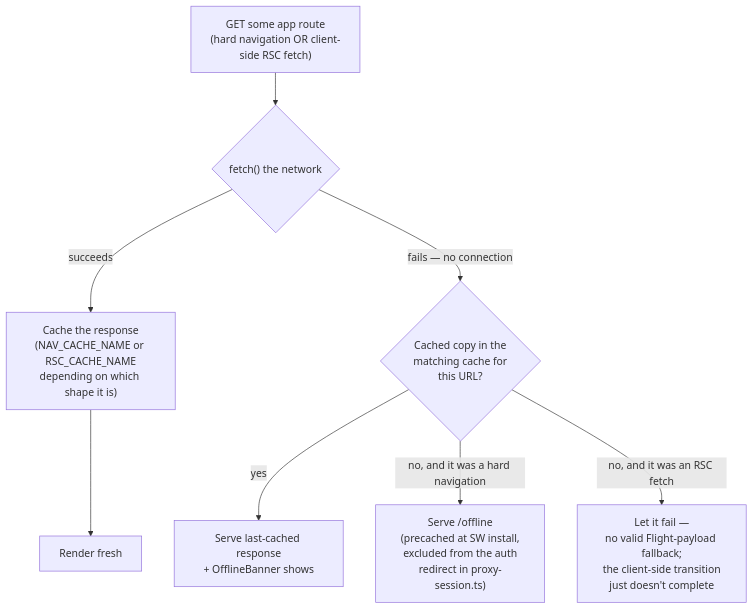
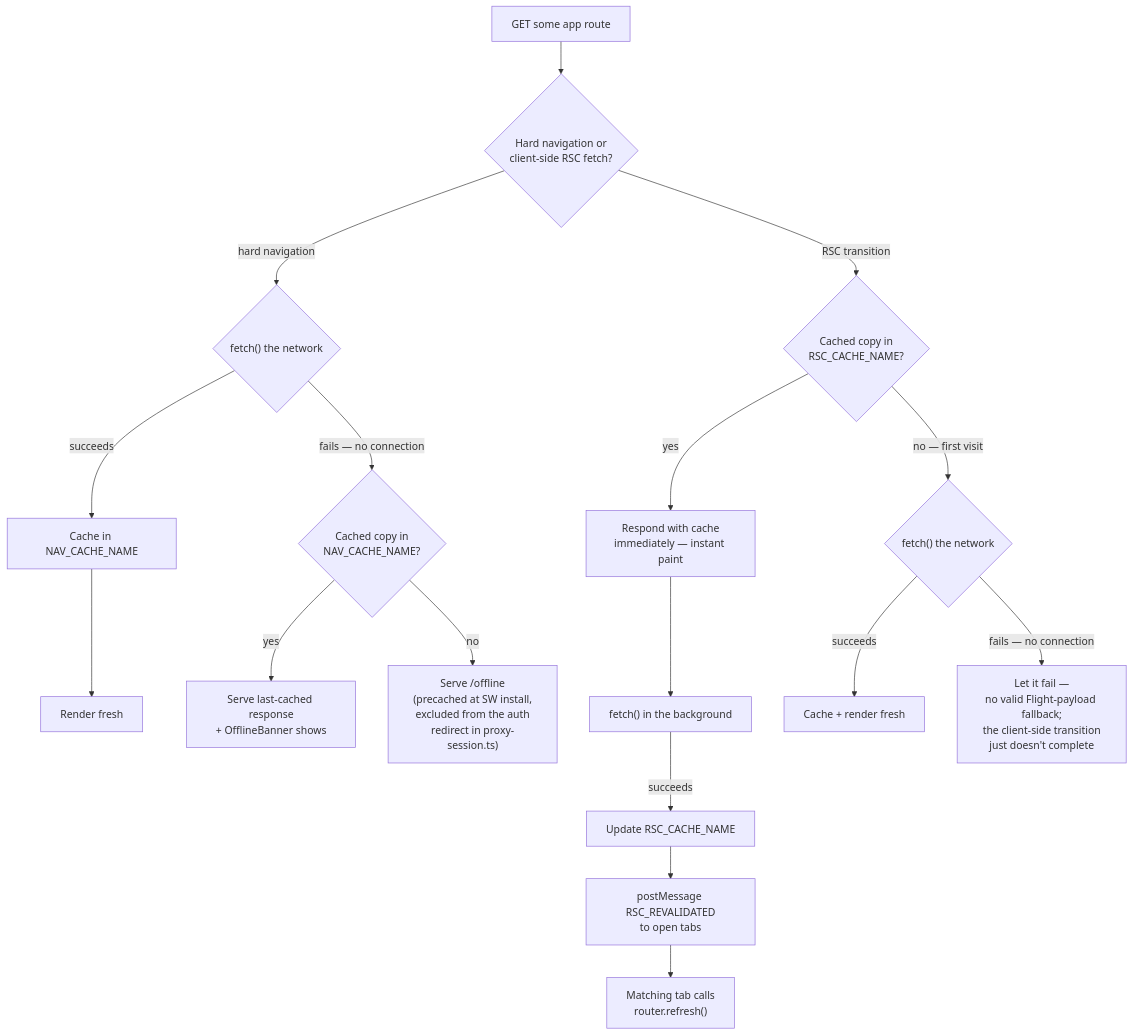
Before and after one commit to nielsvantslot/Birava: the second of 3 diagrams in docs/architecture.md, drawn with Mermaid. The commit also changed other lines of this file and 3 other files, not shown here.

First line of the commit message:
Serve RSC transitions stale-while-revalidate, not network-first

````diff
--- a/docs/architecture.md
+++ b/docs/architecture.md
@@ -89,9 +91,18 @@
 ```mermaid
 flowchart TD
-    Req["GET some app route<br/>(hard navigation OR client-side RSC fetch)"] --> Fetch{"fetch() the network"}
-    Fetch -->|succeeds| Store["Cache the response<br/>(NAV_CACHE_NAME or RSC_CACHE_NAME<br/>depending on which shape it is)"] --> Render["Render fresh"]
-    Fetch -->|fails — no connection| Lookup{"Cached copy in the<br/>matching cache for<br/>this URL?"}
+    Req["GET some app route"] --> Shape{"Hard navigation or<br/>client-side RSC fetch?"}
+
+    Shape -->|"hard navigation"| Fetch{"fetch() the network"}
+    Fetch -->|succeeds| Store["Cache in NAV_CACHE_NAME"] --> Render["Render fresh"]
+    Fetch -->|fails — no connection| Lookup{"Cached copy in<br/>NAV_CACHE_NAME?"}
     Lookup -->|yes| Stale["Serve last-cached response<br/>+ OfflineBanner shows"]
-    Lookup -->|"no, and it was a hard navigation"| Offline["Serve /offline<br/>(precached at SW install,<br/>excluded from the auth<br/>redirect in proxy-session.ts)"]
-    Lookup -->|"no, and it was an RSC fetch"| Fail["Let it fail —<br/>no valid Flight-payload fallback;<br/>the client-side transition<br/>just doesn't complete"]
+    Lookup -->|no| Offline["Serve /offline<br/>(precached at SW install,<br/>excluded from the auth<br/>redirect in proxy-session.ts)"]
+
+    Shape -->|"RSC transition"| RscLookup{"Cached copy in<br/>RSC_CACHE_NAME?"}
+    RscLookup -->|yes| Paint["Respond with cache<br/>immediately — instant paint"]
+    Paint --> BgFetch["fetch() in the background"]
+    BgFetch -->|succeeds| RscStore["Update RSC_CACHE_NAME"] --> Notify["postMessage RSC_REVALIDATED<br/>to open tabs"] --> Correct["Matching tab calls<br/>router.refresh()"]
+    RscLookup -->|"no — first visit"| RscFetch{"fetch() the network"}
+    RscFetch -->|succeeds| RscRender["Cache + render fresh"]
+    RscFetch -->|"fails — no connection"| RscFail["Let it fail —<br/>no valid Flight-payload fallback;<br/>the client-side transition<br/>just doesn't complete"]
 ```
````
